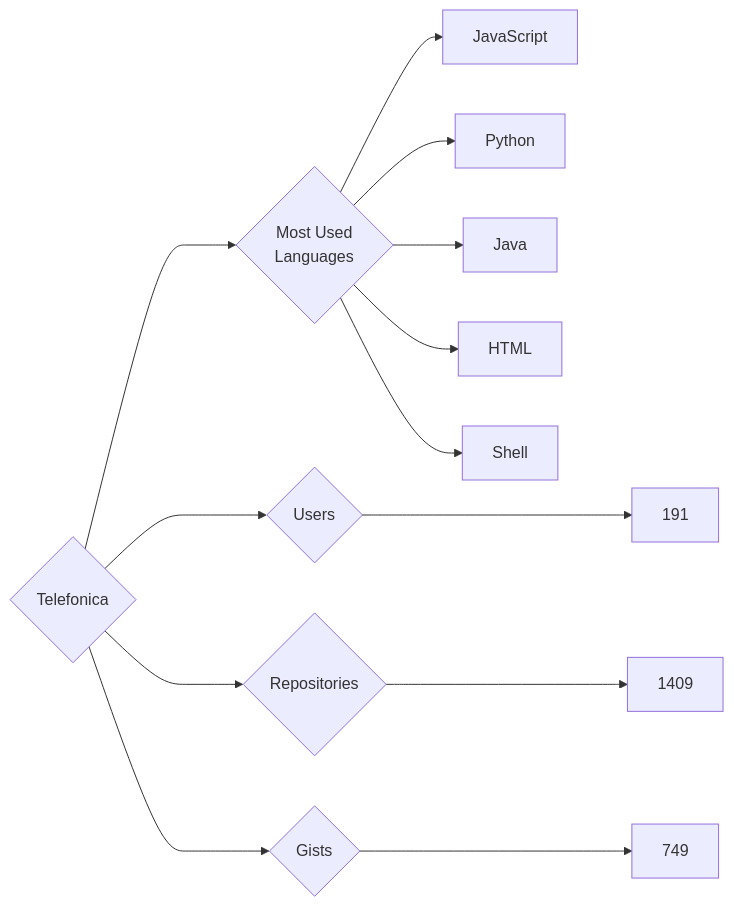
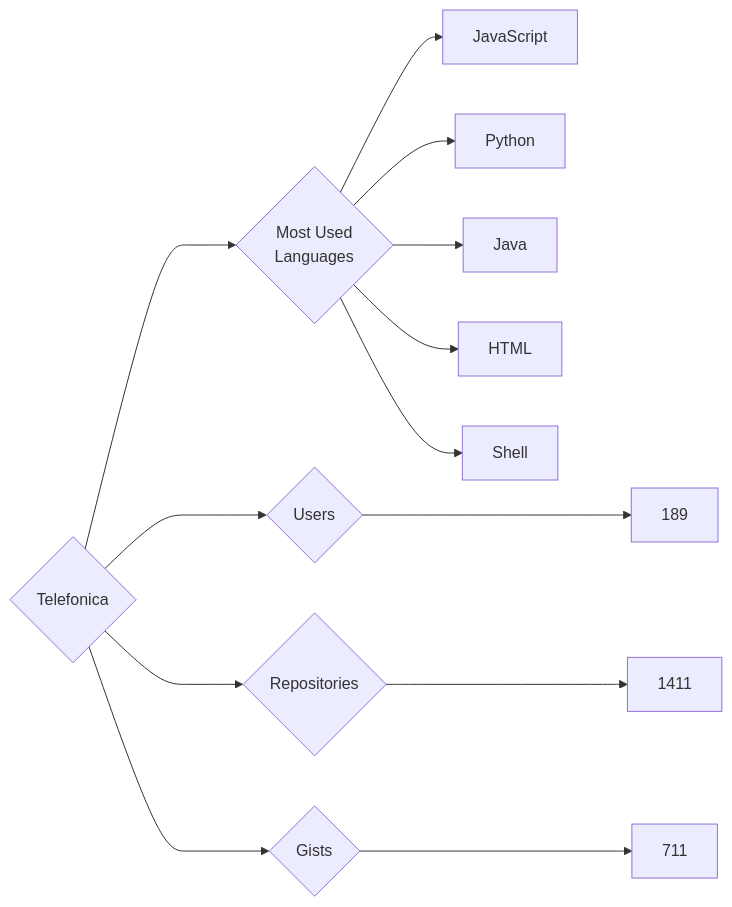
Before and after one commit to trickest/insiders: the diagram in targets/Telefonica/README.md, drawn with Mermaid. The commit also changed 972 other files, not shown here.

````diff
--- a/targets/Telefonica/README.md
+++ b/targets/Telefonica/README.md
@@ -3,13 +3,13 @@
 ```mermaid
 graph LR
 COMPANY_NAME{Telefonica}
-COMPANY_NAME ---> U{Users} ---> UN[191]
-COMPANY_NAME ---> R{Repositories} ---> RN[1409]
-COMPANY_NAME ---> G{Gists} ---> GN[749]
+COMPANY_NAME ---> U{Users} ---> UN[189]
+COMPANY_NAME ---> R{Repositories} ---> RN[1411]
+COMPANY_NAME ---> G{Gists} ---> GN[711]
 COMPANY_NAME ---> ML{Most Used<br>Languages}
 ML --> JavaScript[JavaScript]
 ML --> Python[Python]
 ML --> Java[Java]
 ML --> HTML[HTML]
 ML --> Shell[Shell]
 ```
````
